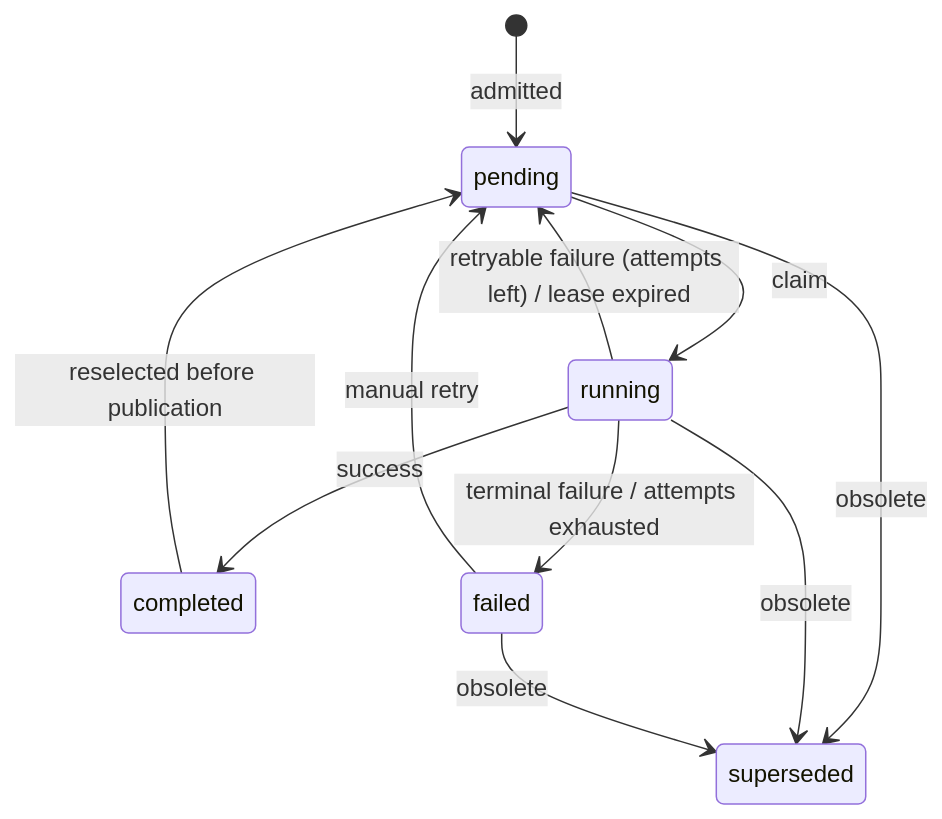
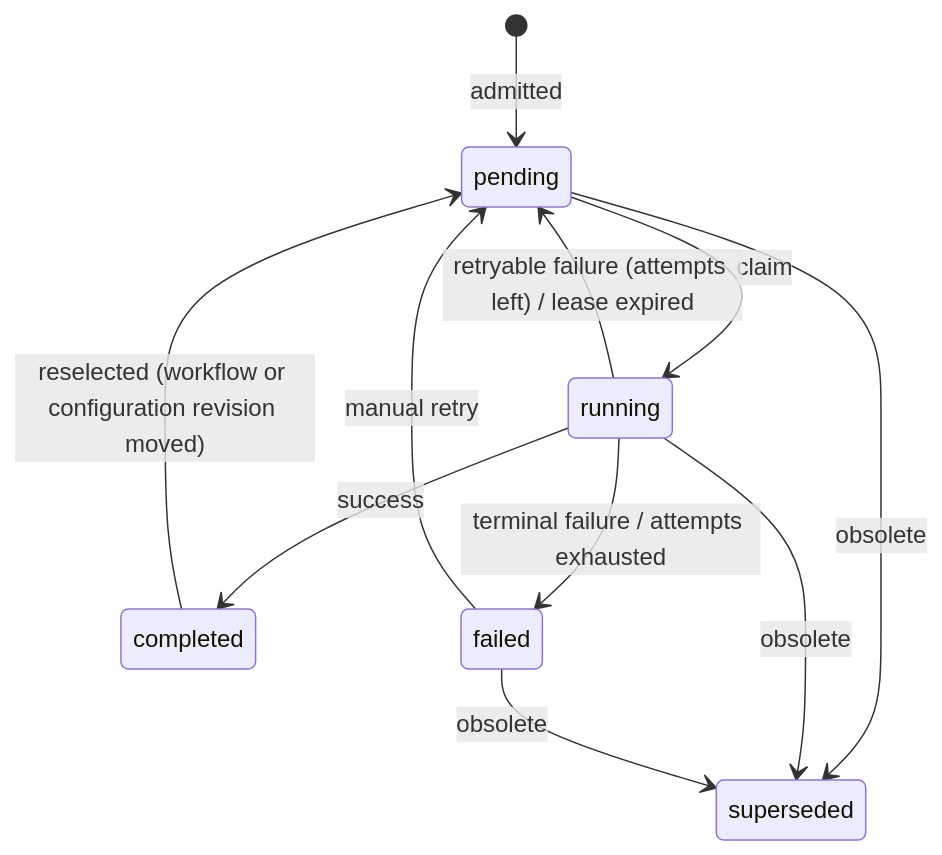
The second of 2 diagrams in docs/workflows.md (gopager/gopager), drawn with Mermaid before and after one commit. The commit also changed other lines of this file and 104 other files, not shown here.

````diff
--- a/docs/workflows.md
+++ b/docs/workflows.md
@@ -545,13 +547,13 @@
 ```mermaid
 stateDiagram-v2
   [*] --> pending: admitted
   pending --> running: claim
   running --> completed: success
   running --> pending: retryable failure (attempts left) / lease expired
   running --> failed: terminal failure / attempts exhausted
   failed --> pending: manual retry
   pending --> superseded: obsolete
   running --> superseded: obsolete
   failed --> superseded: obsolete
-  completed --> pending: reselected before publication
+  completed --> pending: reselected (workflow or configuration revision moved)
 ```
````
